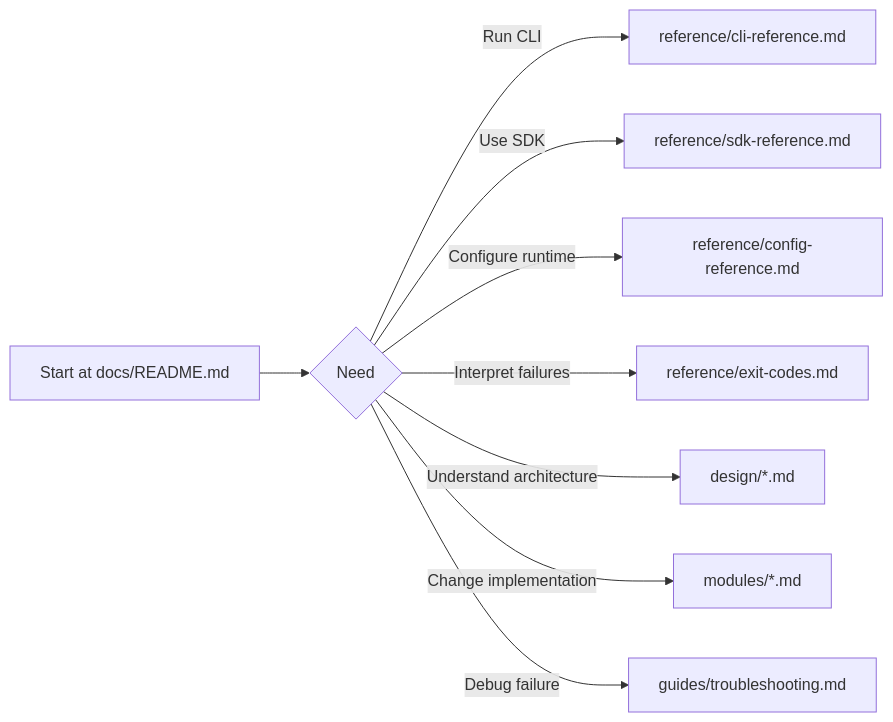
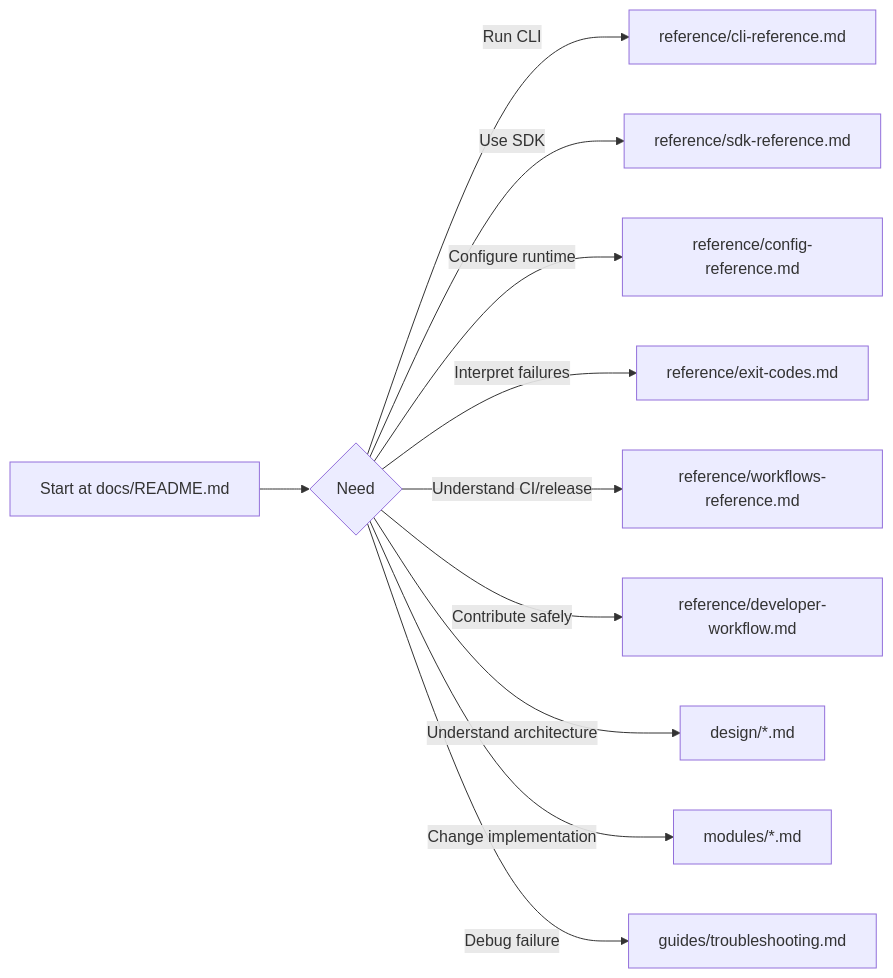
One commit to aryeko/planpilot changed the diagram in docs/README.md. Above: the diagram before and after it, drawn with Mermaid. The commit also changed other lines of this file and 14 other files, not shown here.

````diff
--- a/docs/README.md
+++ b/docs/README.md
@@ -31,11 +34,13 @@
 ```mermaid
 flowchart LR
     A[Start at docs/README.md] --> B{Need}
     B -->|Run CLI| C[reference/cli-reference.md]
     B -->|Use SDK| D[reference/sdk-reference.md]
     B -->|Configure runtime| H[reference/config-reference.md]
     B -->|Interpret failures| I[reference/exit-codes.md]
+    B -->|Understand CI/release| J[reference/workflows-reference.md]
+    B -->|Contribute safely| K[reference/developer-workflow.md]
     B -->|Understand architecture| E[design/*.md]
     B -->|Change implementation| F[modules/*.md]
     B -->|Debug failure| G[guides/troubleshooting.md]
 ```
````
